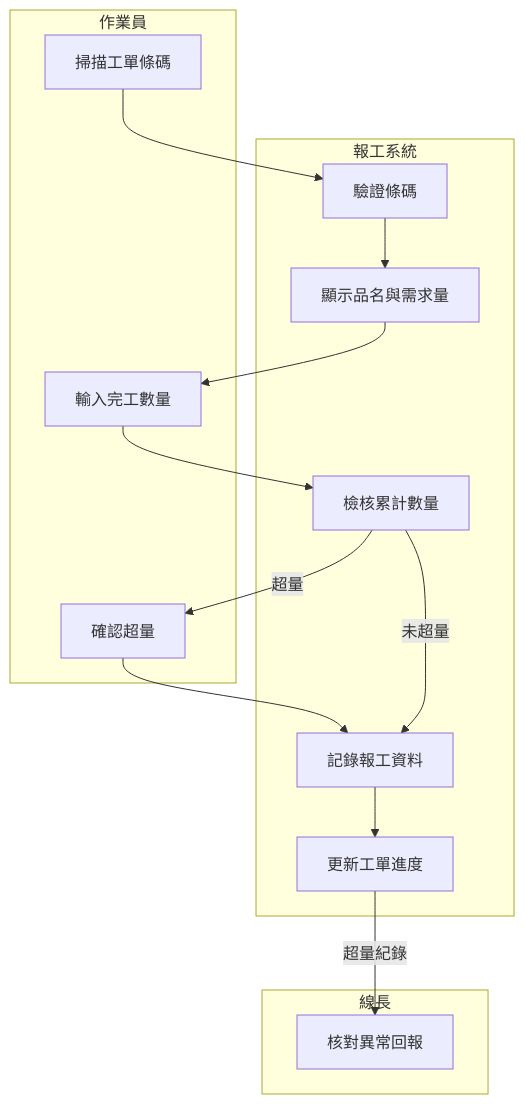
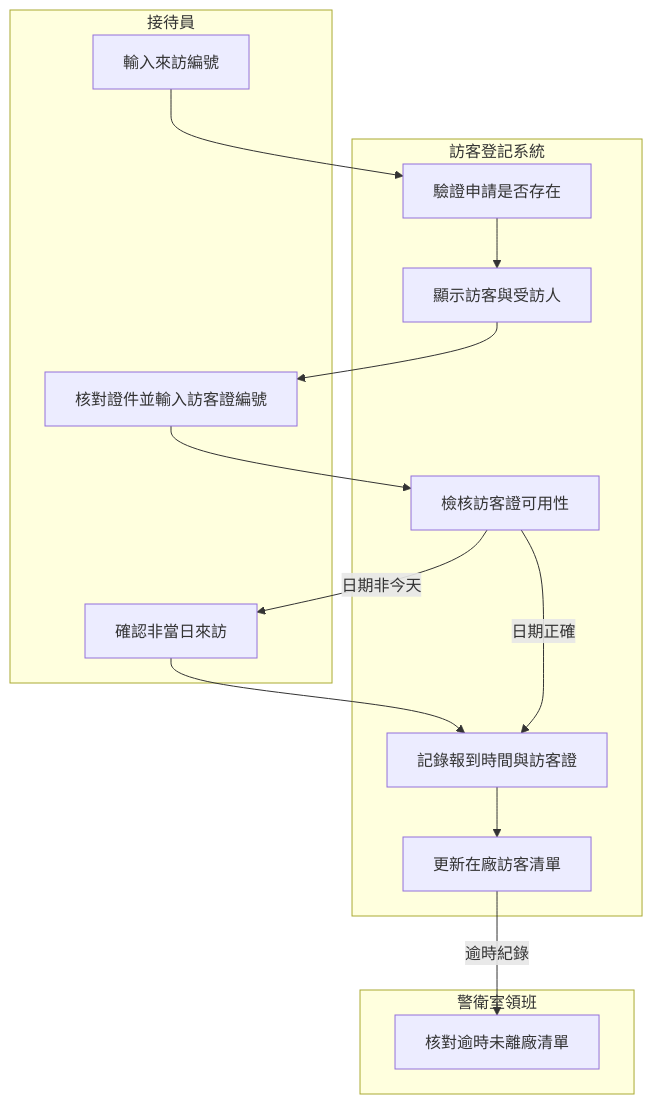
One commit to billy1125/system-analysis-and-design changed the second of 6 diagrams in 01-Course-Materials/06-Behavioral-Modeling.md. Above: the diagram before and after it, drawn with Mermaid. The commit also changed other lines of this file and 30 other files, not shown here.

````diff
--- a/01-Course-Materials/06-Behavioral-Modeling.md
+++ b/01-Course-Materials/06-Behavioral-Modeling.md
@@ -137,24 +142,24 @@
 ```mermaid
 flowchart TD
-    subgraph OP[作業員]
-        B1[掃描工單條碼]
-        B2[輸入完工數量]
-        B3[確認超量]
+    subgraph RC[接待員]
+        B1[輸入來訪編號]
+        B2[核對證件並輸入訪客證編號]
+        B3[確認非當日來訪]
     end
-    subgraph SYS[報工系統]
-        B4[驗證條碼]
-        B5[顯示品名與需求量]
-        B6[檢核累計數量]
-        B7[記錄報工資料]
-        B8[更新工單進度]
+    subgraph SYS[訪客登記系統]
+        B4[驗證申請是否存在]
+        B5[顯示訪客與受訪人]
+        B6[檢核訪客證可用性]
+        B7[記錄報到時間與訪客證]
+        B8[更新在廠訪客清單]
     end
-    subgraph LL[線長]
-        B9[核對異常回報]
+    subgraph LD[警衛室領班]
+        B9[核對逾時未離廠清單]
     end
 
     B1 --> B4 --> B5 --> B2 --> B6
-    B6 -->|超量| B3 --> B7
-    B6 -->|未超量| B7
+    B6 -->|日期非今天| B3 --> B7
+    B6 -->|日期正確| B7
     B7 --> B8
-    B8 -->|超量紀錄| B9
+    B8 -->|逾時紀錄| B9
 ```
````
